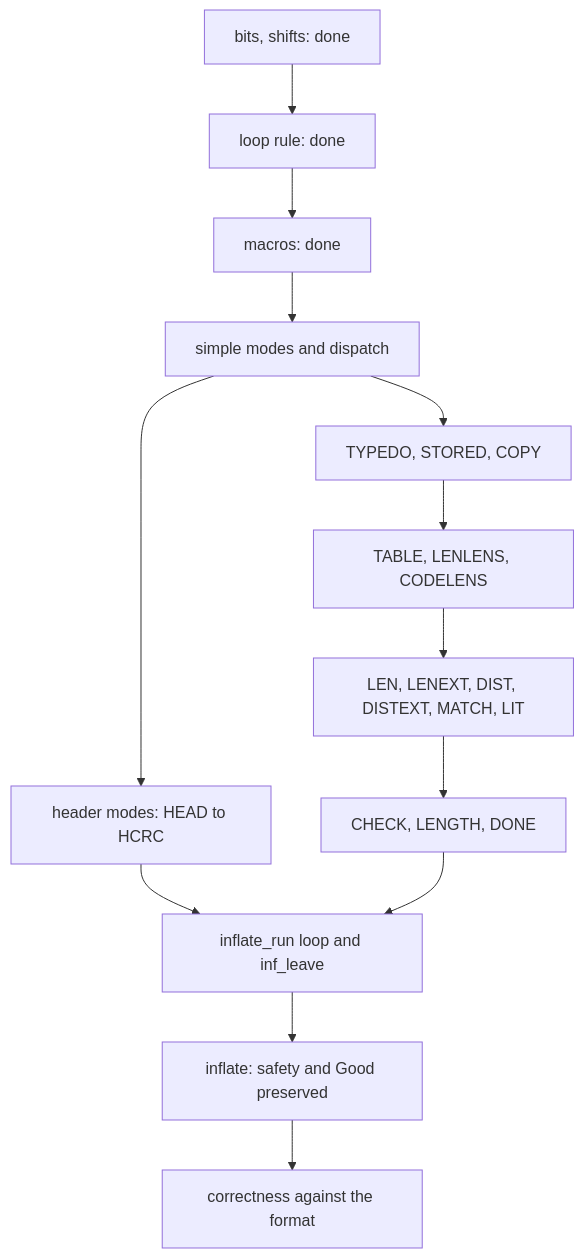
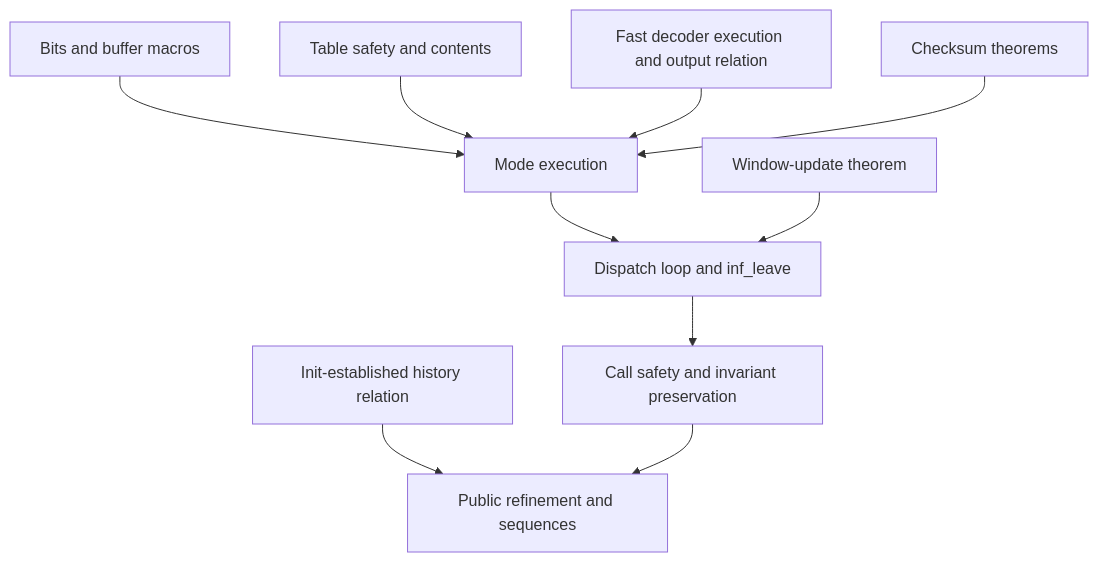
The diagram in docs/migration/inflate.md (cla7aye15I4nd/zlib-f), drawn with Mermaid before and after one commit. The commit also changed other lines of this file and 95 other files, not shown here.

````diff
--- a/docs/migration/inflate.md
+++ b/docs/migration/inflate.md
@@ -83,15 +48,12 @@
 ```mermaid
 flowchart TD
-  A[bits, shifts: done] --> B[loop rule: done]
-  B --> C[macros: done]
-  C --> D[simple modes and dispatch]
-  D --> E[header modes: HEAD to HCRC]
-  D --> F[TYPEDO, STORED, COPY]
-  F --> G[TABLE, LENLENS, CODELENS]
-  G --> H[LEN, LENEXT, DIST, DISTEXT, MATCH, LIT]
-  H --> I[CHECK, LENGTH, DONE]
-  E --> J[inflate_run loop and inf_leave]
-  I --> J
-  J --> K[inflate: safety and Good preserved]
-  K --> L[correctness against the format]
+    B[Bits and buffer macros] --> M[Mode execution]
+    T[Table safety and contents] --> M
+    F[Fast decoder execution and output relation] --> M
+    C[Checksum theorems] --> M
+    M --> L[Dispatch loop and inf_leave]
+    W[Window-update theorem] --> L
+    L --> S[Call safety and invariant preservation]
+    I[Init-established history relation] --> R[Public refinement and sequences]
+    S --> R
 ```
````
